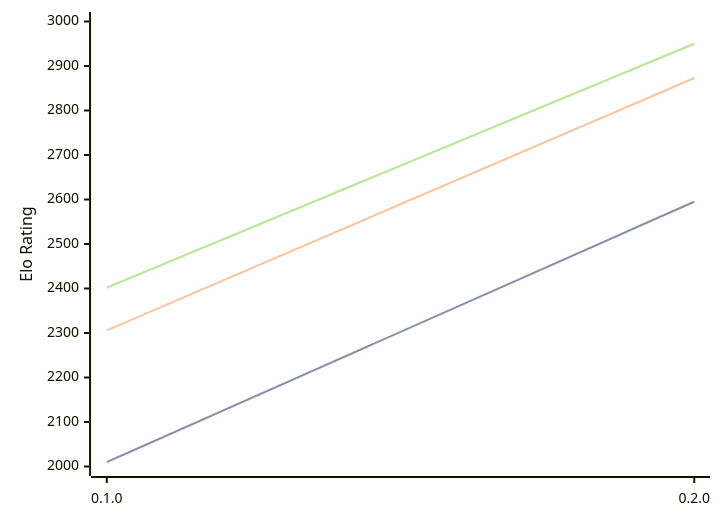
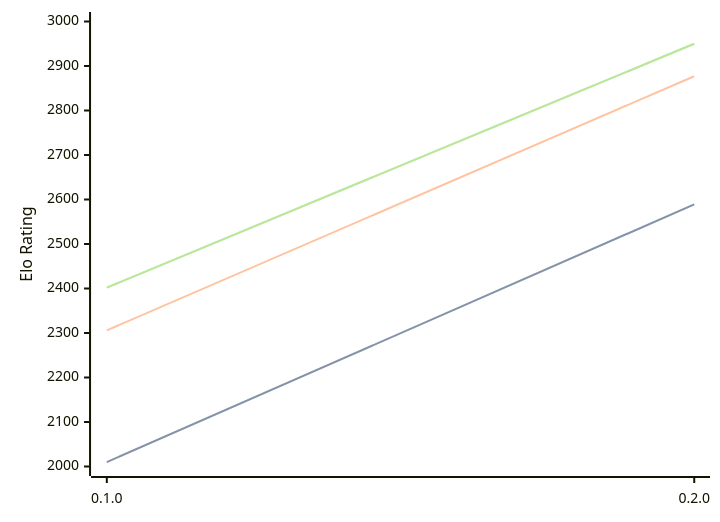
One commit to computer-chess-index/cci changed the third of 3 diagrams in engines/Justbot.md. Above: the diagram before and after it, drawn with Mermaid. The commit also changed other lines of this file, not shown here.

````diff
--- a/engines/Justbot.md
+++ b/engines/Justbot.md
@@ -65,11 +65,11 @@
 ```mermaid
 %%{init: {"theme":"base","themeVariables":{"seriesColors:['#a3a3a3','#222221','#faa371']}}}%%
 xychart-beta
   x-axis ["0.1.0", "0.2.0"]
   y-axis "Elo Rating" 2000 --> 3000
-  line "STC (8.0+0.08s)" [2010, 2595]
-  line "STC (8.0+0.08s)" [2010, 2595]
-  line "LTC (60.0+0.60s)" [2306, 2873]
+  line "STC (8.0+0.08s)" [2010, 2589]
+  line "STC (8.0+0.08s)" [2010, 2589]
+  line "LTC (60.0+0.60s)" [2306, 2877]
   line "VLTC (2m24s+1.12s)" [2402, 2950]
   line "VLTC (2m24s+1.12s)" [2402, 2950]
 ```
````
